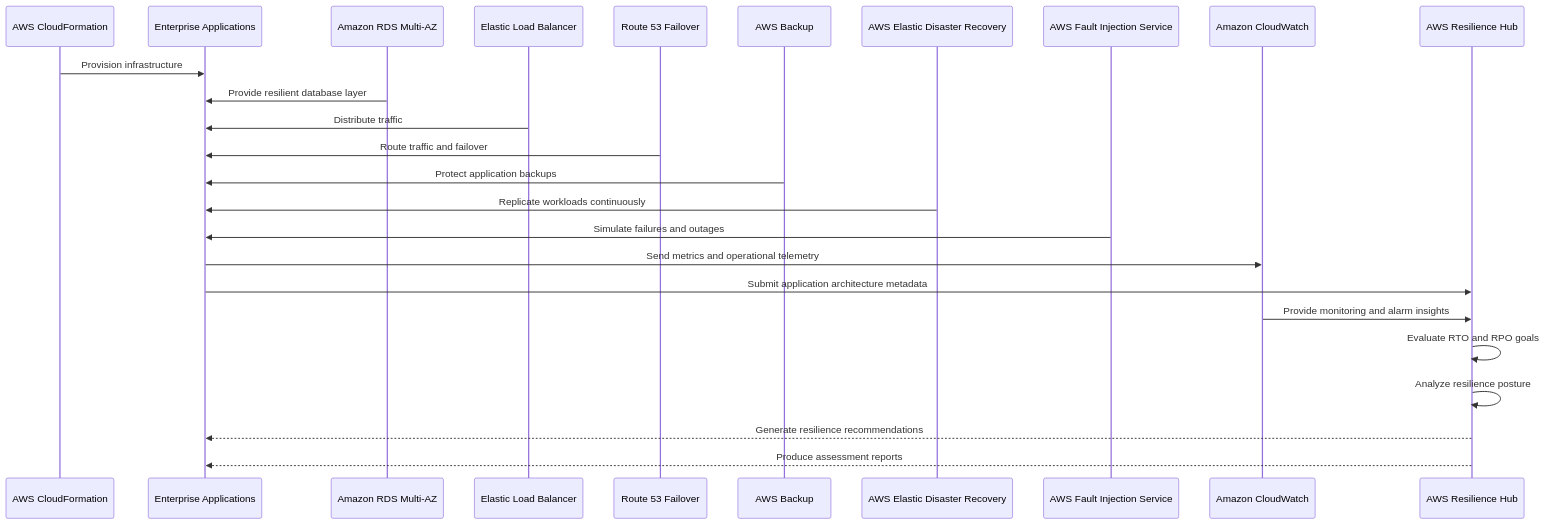
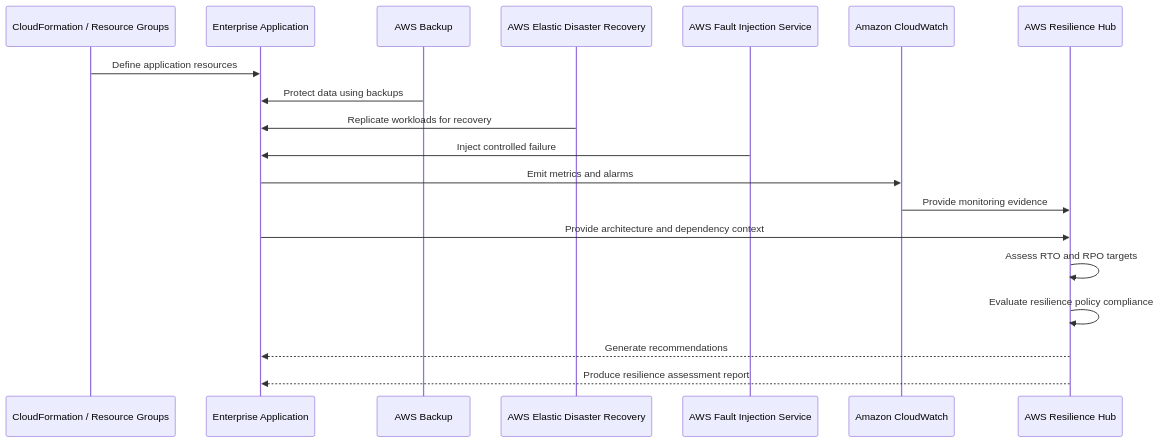
The second of 2 diagrams in Exam Related Services/AWS-Resilience-Hub.md (Serious-Skills-E-Learning/aws-security-specialty), drawn with Mermaid before and after one commit. The commit also changed other lines of this file, not shown here.

````diff
--- a/Exam Related Services/AWS-Resilience-Hub.md
+++ b/Exam Related Services/AWS-Resilience-Hub.md
@@ -309,41 +353,32 @@
 ```mermaid
 sequenceDiagram
-    participant CF as AWS CloudFormation
-    participant APP as Enterprise Applications
-    participant RDS as Amazon RDS Multi-AZ
-    participant ELB as Elastic Load Balancer
-    participant R53 as Route 53 Failover
+    participant CF as CloudFormation / Resource Groups
+    participant APP as Enterprise Application
     participant BKP as AWS Backup
     participant DRS as AWS Elastic Disaster Recovery
     participant FIS as AWS Fault Injection Service
     participant CW as Amazon CloudWatch
     participant RH as AWS Resilience Hub
 
-    CF->>APP: Provision infrastructure
+    CF->>APP: Define application resources
 
-    RDS->>APP: Provide resilient database layer
+    BKP->>APP: Protect data using backups
 
-    ELB->>APP: Distribute traffic
+    DRS->>APP: Replicate workloads for recovery
 
-    R53->>APP: Route traffic and failover
+    FIS->>APP: Inject controlled failure
 
-    BKP->>APP: Protect application backups
+    APP->>CW: Emit metrics and alarms
 
-    DRS->>APP: Replicate workloads continuously
+    CW->>RH: Provide monitoring evidence
 
-    FIS->>APP: Simulate failures and outages
+    APP->>RH: Provide architecture and dependency context
 
-    APP->>CW: Send metrics and operational telemetry
+    RH->>RH: Assess RTO and RPO targets
 
-    APP->>RH: Submit application architecture metadata
+    RH->>RH: Evaluate resilience policy compliance
 
-    CW->>RH: Provide monitoring and alarm insights
+    RH-->>APP: Generate recommendations
 
-    RH->>RH: Evaluate RTO and RPO goals
-
-    RH->>RH: Analyze resilience posture
-
-    RH-->>APP: Generate resilience recommendations
-
-    RH-->>APP: Produce assessment reports
+    RH-->>APP: Produce resilience assessment report
 ```
````
